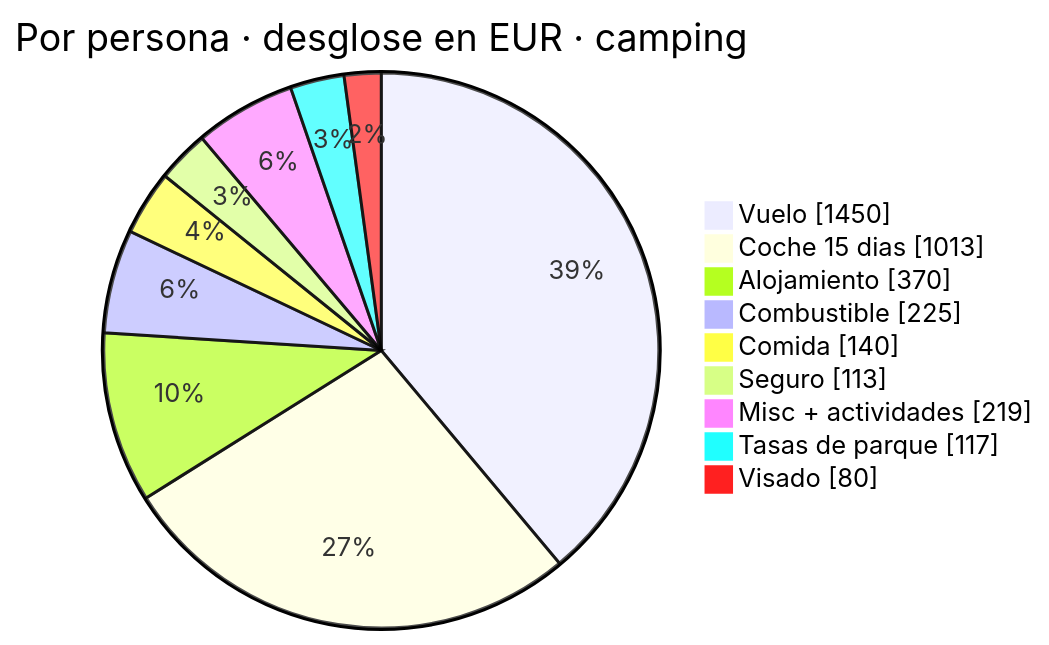
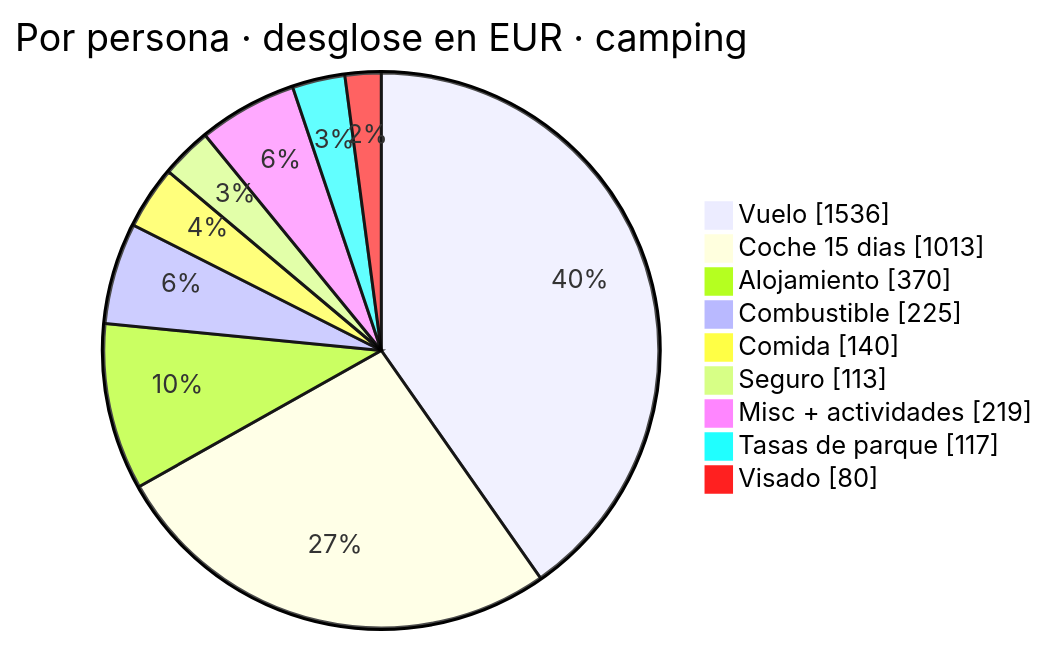
Before and after one commit to morandeirachema/namibia: the third of 6 diagrams in README.md, drawn with Mermaid. The commit also changed other lines of this file and 7 other files, not shown here.

````diff
--- a/README.md
+++ b/README.md
@@ -342,13 +348,13 @@
 ```mermaid
 pie showData
     title Por persona · desglose en EUR · camping
-    "Vuelo" : 1450
+    "Vuelo" : 1536
     "Coche 15 dias" : 1013
     "Alojamiento" : 370
     "Combustible" : 225
     "Comida" : 140
     "Seguro" : 113
     "Misc + actividades" : 219
     "Tasas de parque" : 117
     "Visado" : 80
 ```
````
